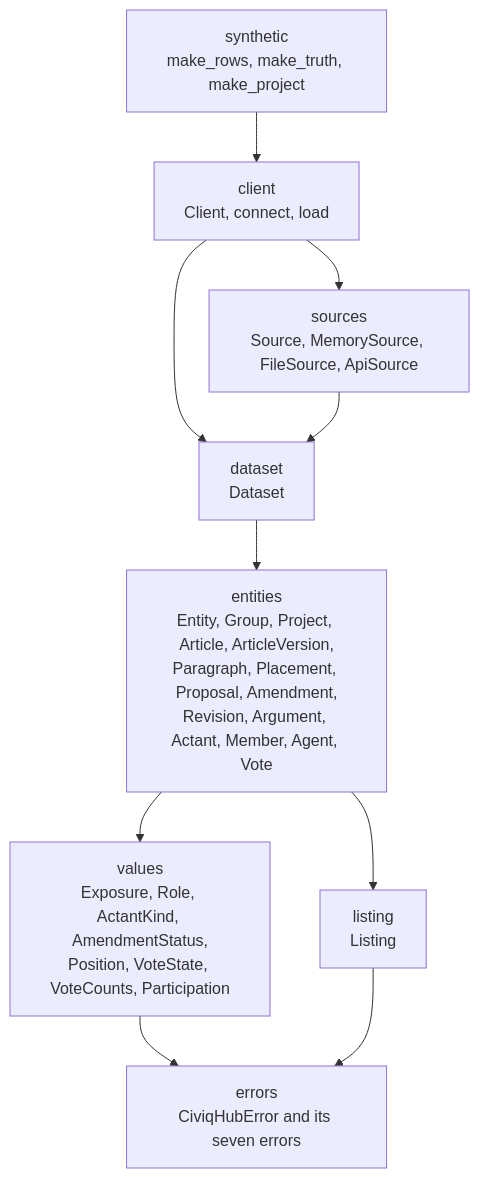
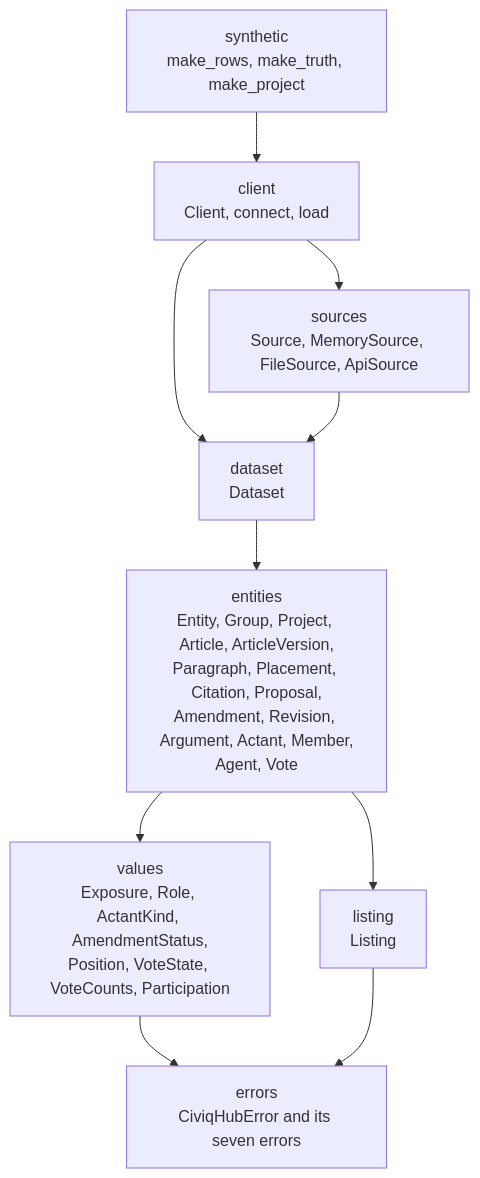
Before and after one commit to civiqhub/civiqhub-py: the first of 2 diagrams in docs/architecture.md, drawn with Mermaid. The commit also changed other lines of this file and 8 other files, not shown here.

````diff
--- a/docs/architecture.md
+++ b/docs/architecture.md
@@ -16,12 +16,12 @@
 ```mermaid
 flowchart TD
   client["client<br>Client, connect, load"] --> sources["sources<br>Source, MemorySource, FileSource, ApiSource"]
   client --> dataset["dataset<br>Dataset"]
   synthetic["synthetic<br>make_rows, make_truth, make_project"] --> client
   sources --> dataset
-  dataset --> entities["entities<br>Entity, Group, Project, Article, ArticleVersion,<br>Paragraph, Placement, Proposal, Amendment,<br>Revision, Argument, Actant, Member, Agent, Vote"]
+  dataset --> entities["entities<br>Entity, Group, Project, Article, ArticleVersion,<br>Paragraph, Placement, Citation, Proposal,<br>Amendment, Revision, Argument, Actant, Member,<br>Agent, Vote"]
   entities --> values["values<br>Exposure, Role, ActantKind, AmendmentStatus,<br>Position, VoteState, VoteCounts, Participation"]
   entities --> listing["listing<br>Listing"]
   values --> errors["errors<br>CiviqHubError and its seven errors"]
   listing --> errors
 ```
````
